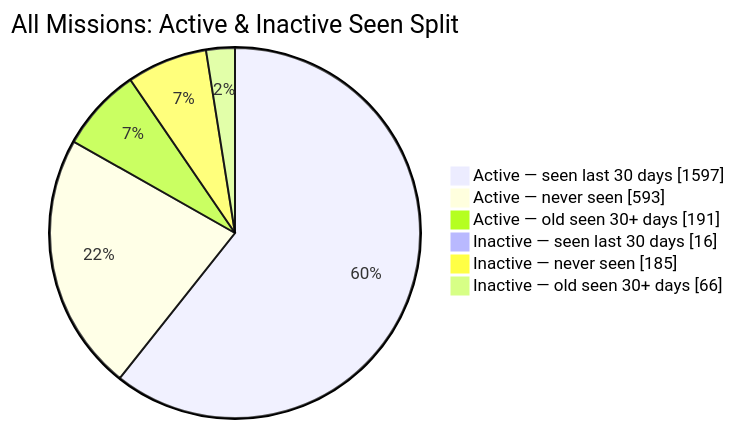
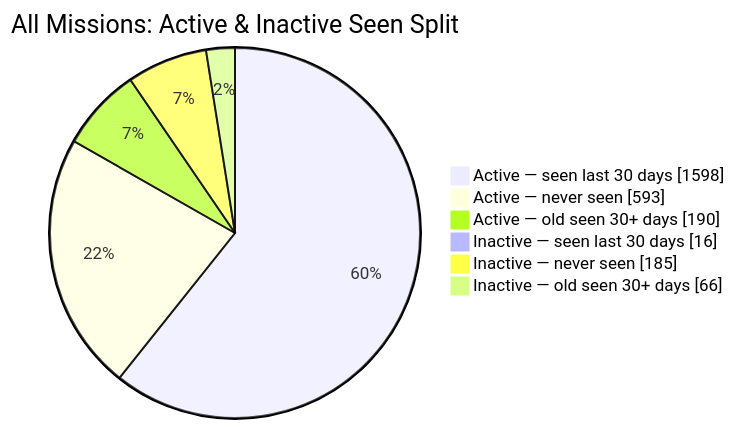
The second of 2 diagrams in README.md (MeldkamerspelGameTeam/active-missions), drawn with Mermaid before and after one commit. The commit also changed other lines of this file and 3 other files, not shown here.

````diff
--- a/README.md
+++ b/README.md
@@ -44,10 +44,10 @@
 ```mermaid
 pie showData
     title All Missions: Active & Inactive Seen Split
-    "Active — seen last 30 days" : 1597
+    "Active — seen last 30 days" : 1598
     "Active — never seen" : 593
-    "Active — old seen 30+ days" : 191
+    "Active — old seen 30+ days" : 190
     "Inactive — seen last 30 days" : 16
     "Inactive — never seen" : 185
     "Inactive — old seen 30+ days" : 66
 ```
````
